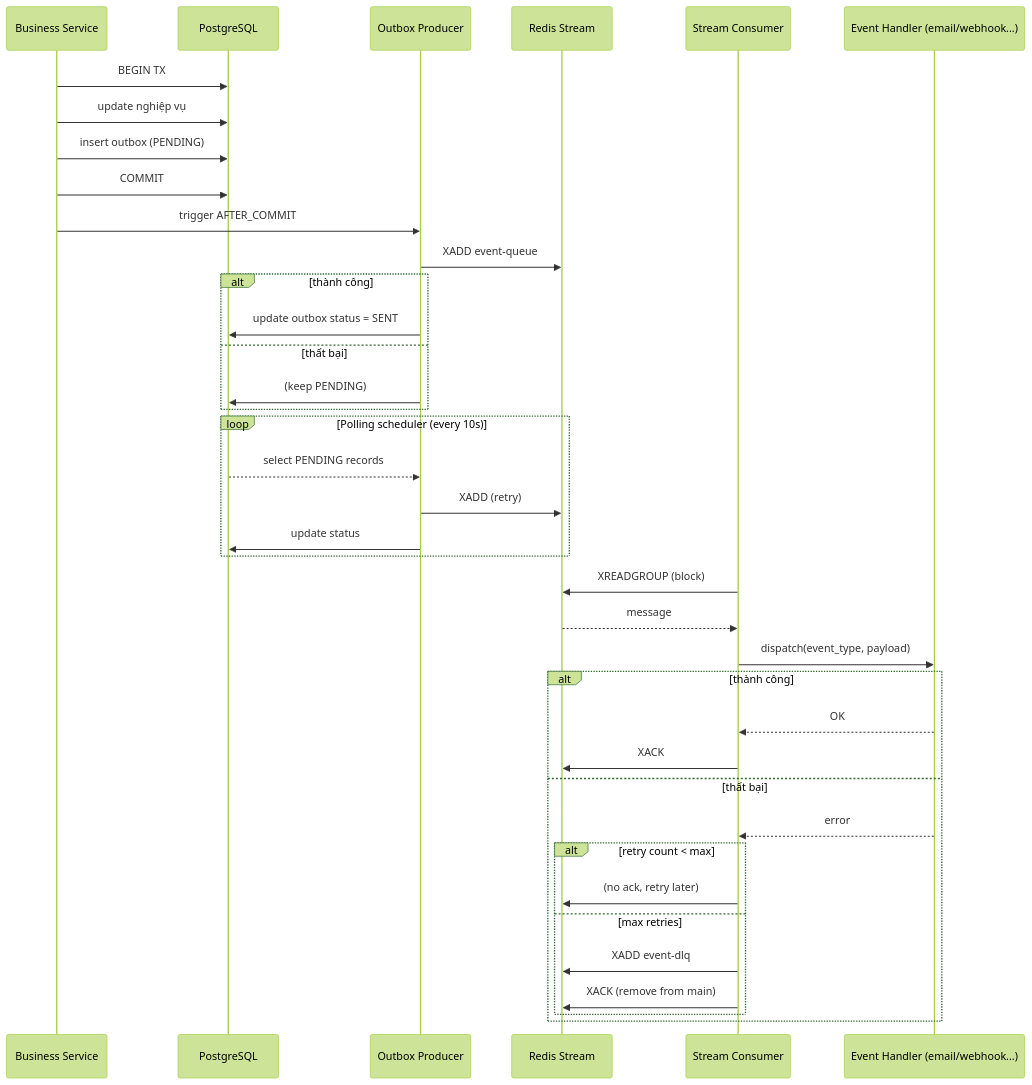
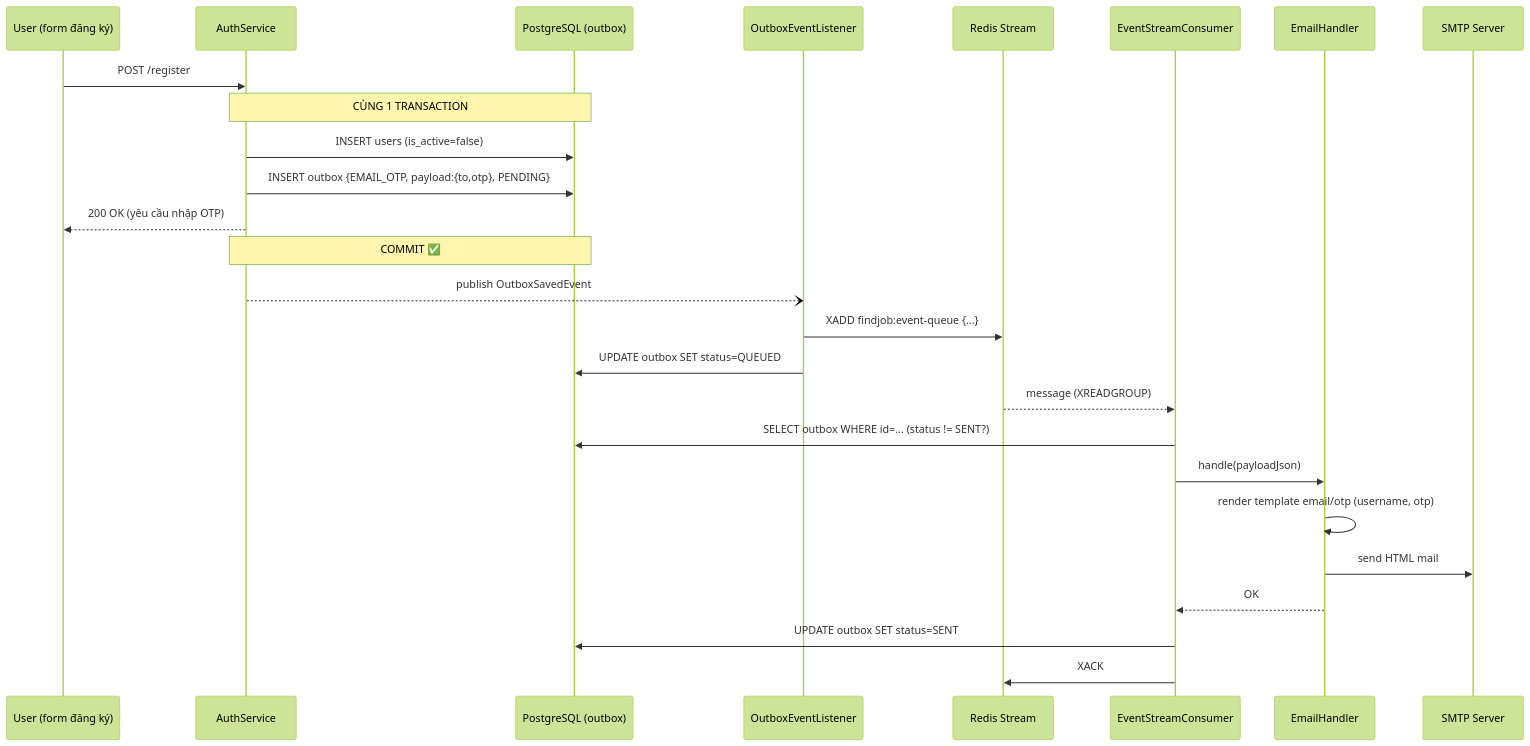
Before and after one commit to nhuanld17/FINDJOB-BE-DACN2: the second of 2 diagrams in plan/EMAIL_REDIS_STREAM_OUTBOX_PLAN.md, drawn with Mermaid (forest theme). The commit also changed other lines of this file and 21 other files, not shown here.

Commit message:
implement outbox for email

````diff
--- a/plan/EMAIL_REDIS_STREAM_OUTBOX_PLAN.md
+++ b/plan/EMAIL_REDIS_STREAM_OUTBOX_PLAN.md
@@ -126,43 +118,29 @@
 ```mermaid
 sequenceDiagram
-    participant Business as Business Service
-    participant DB as PostgreSQL
-    participant Producer as Outbox Producer
-    participant Stream as Redis Stream
-    participant Consumer as Stream Consumer
-    participant Handler as Event Handler (email/webhook...)
+    participant U as User (form đăng ký)
+    participant Auth as AuthService
+    participant DB as PostgreSQL (outbox)
+    participant L as OutboxEventListener
+    participant R as Redis Stream
+    participant C as EventStreamConsumer
+    participant EH as EmailHandler
+    participant M as SMTP Server
 
-    Business->>DB: BEGIN TX
-    Business->>DB: update nghiệp vụ
-    Business->>DB: insert outbox (PENDING)
-    Business->>DB: COMMIT
-    Business->>Producer: trigger AFTER_COMMIT
-    Producer->>Stream: XADD event-queue
-    alt thành công
-        Producer->>DB: update outbox status = SENT
-    else thất bại
-        Producer->>DB: (keep PENDING)
-    end
-
-    loop Polling scheduler (every 10s)
-        DB-->>Producer: select PENDING records
-        Producer->>Stream: XADD (retry)
-        Producer->>DB: update status
-    end
-
-    Consumer->>Stream: XREADGROUP (block)
-    Stream-->>Consumer: message
-    Consumer->>Handler: dispatch(event_type, payload)
-    alt thành công
-        Handler-->>Consumer: OK
-        Consumer->>Stream: XACK
-    else thất bại
-        Handler-->>Consumer: error
-        alt retry count < max
-            Consumer->>Stream: (no ack, retry later)
-        else max retries
-            Consumer->>Stream: XADD event-dlq
-            Consumer->>Stream: XACK (remove from main)
-        end
-    end
+    U->>Auth: POST /register
+    Note over Auth,DB: CÙNG 1 TRANSACTION
+    Auth->>DB: INSERT users (is_active=false)
+    Auth->>DB: INSERT outbox {EMAIL_OTP, payload:{to,otp}, PENDING}
+    Auth-->>U: 200 OK (yêu cầu nhập OTP)
+    Note over Auth,DB: COMMIT ✅
+    Auth--)L: publish OutboxSavedEvent
+    L->>R: XADD findjob:event-queue {...}
+    L->>DB: UPDATE outbox SET status=QUEUED
+    R-->>C: message (XREADGROUP)
+    C->>DB: SELECT outbox WHERE id=... (status != SENT?)
+    C->>EH: handle(payloadJson)
+    EH->>EH: render template email/otp (username, otp)
+    EH->>M: send HTML mail
+    EH-->>C: OK
+    C->>DB: UPDATE outbox SET status=SENT
+    C->>R: XACK
 ```
````
